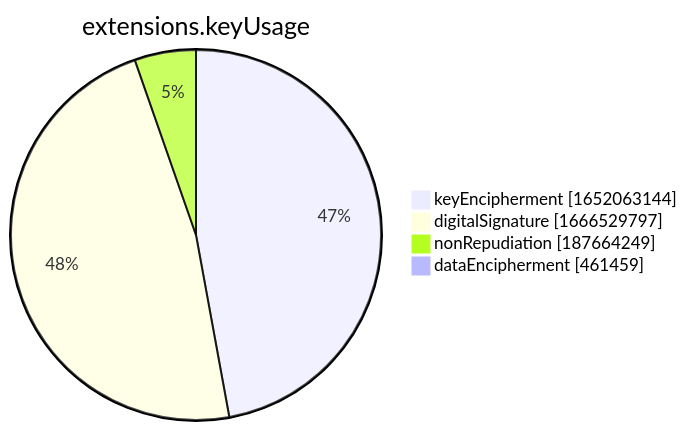
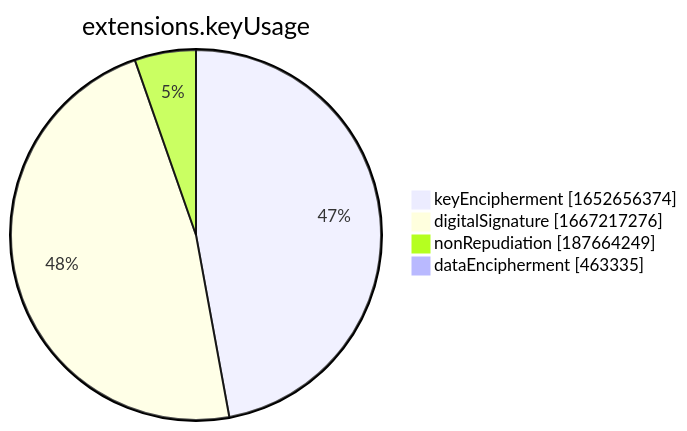
One commit to christiankrug/ctmonitor_visualization changed the seventh of 15 diagrams in xenon2022/README.md. Above: the diagram before and after it, drawn with Mermaid. The commit also changed other lines of this file, not shown here.

````diff
--- a/xenon2022/README.md
+++ b/xenon2022/README.md
@@ -2857,8 +2857,8 @@
 ```mermaid
 pie showData
 title extensions.keyUsage
-"keyEncipherment" :1652063144
-"digitalSignature" :1666529797
+"keyEncipherment" :1652656374
+"digitalSignature" :1667217276
 "nonRepudiation" :187664249
-"dataEncipherment" :461459
+"dataEncipherment" :463335
 ```
````
